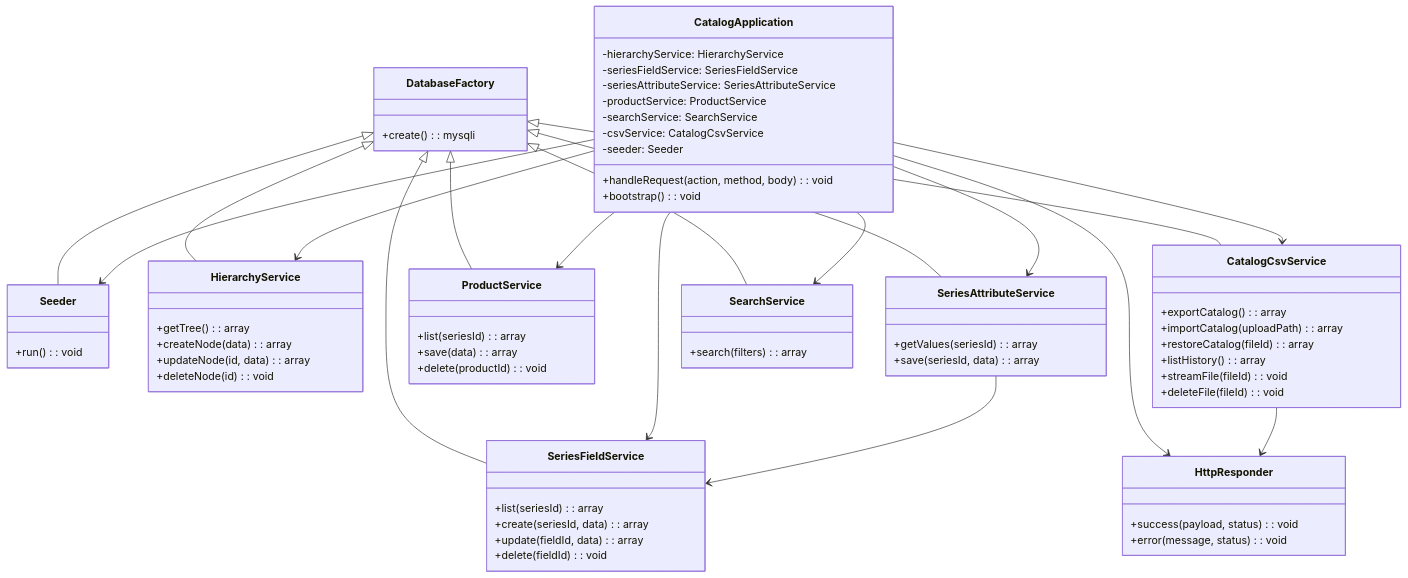
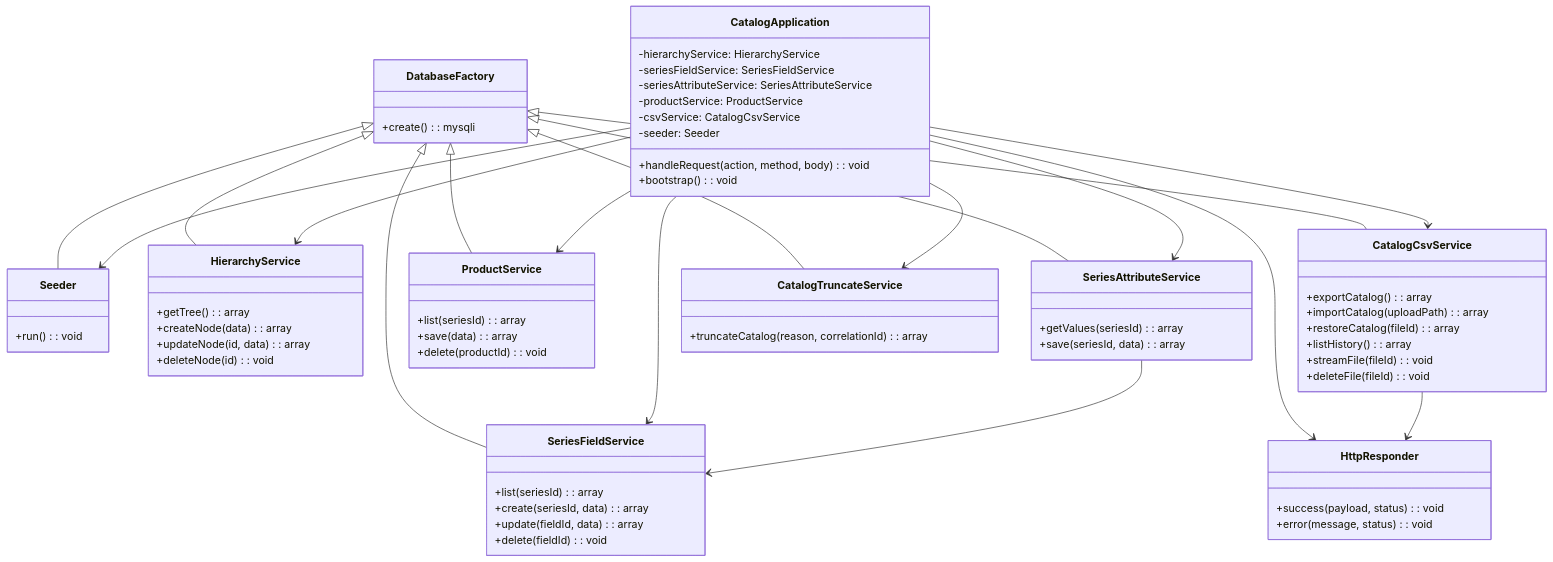
One commit to sinjie2008/Foundational-Electronics-Core-Systems changed the seventh of 9 diagrams in docs/spec.md. Above: the diagram before and after it, drawn with Mermaid. The commit also changed other lines of this file and 10 other files, not shown here.

````diff
--- a/docs/spec.md
+++ b/docs/spec.md
@@ -354,73 +398,72 @@
 ```mermaid
 classDiagram
     class DatabaseFactory {
         +create(): mysqli
     }
     class HttpResponder {
         +success(payload, status): void
         +error(message, status): void
     }
     class CatalogApplication {
         -hierarchyService: HierarchyService
         -seriesFieldService: SeriesFieldService
         -seriesAttributeService: SeriesAttributeService
         -productService: ProductService
-        -searchService: SearchService
         -csvService: CatalogCsvService
         -seeder: Seeder
         +handleRequest(action, method, body): void
         +bootstrap(): void
     }
     class Seeder {
         +run(): void
     }
     class HierarchyService {
         +getTree(): array
         +createNode(data): array
         +updateNode(id, data): array
         +deleteNode(id): void
     }
     class SeriesFieldService {
         +list(seriesId): array
         +create(seriesId, data): array
         +update(fieldId, data): array
         +delete(fieldId): void
     }
     class SeriesAttributeService {
         +getValues(seriesId): array
         +save(seriesId, data): array
     }
     class ProductService {
         +list(seriesId): array
         +save(data): array
         +delete(productId): void
     }
     class CatalogCsvService {
         +exportCatalog(): array
         +importCatalog(uploadPath): array
         +restoreCatalog(fileId): array
         +listHistory(): array
         +streamFile(fileId): void
         +deleteFile(fileId): void
     }
-    class SearchService {
-        +search(filters): array
+    class CatalogTruncateService {
+        +truncateCatalog(reason, correlationId): array
     }
     DatabaseFactory <|-- Seeder
     DatabaseFactory <|-- HierarchyService
     DatabaseFactory <|-- SeriesFieldService
     DatabaseFactory <|-- SeriesAttributeService
     DatabaseFactory <|-- ProductService
     DatabaseFactory <|-- CatalogCsvService
-    DatabaseFactory <|-- SearchService
+    DatabaseFactory <|-- CatalogTruncateService
     CatalogApplication --> HierarchyService
     CatalogApplication --> SeriesFieldService
     CatalogApplication --> SeriesAttributeService
     CatalogApplication --> ProductService
-    CatalogApplication --> SearchService
     CatalogApplication --> CatalogCsvService
+    CatalogApplication --> CatalogTruncateService
     CatalogApplication --> Seeder
     CatalogApplication --> HttpResponder
     SeriesAttributeService --> SeriesFieldService
     CatalogCsvService --> HttpResponder
 ```
````
